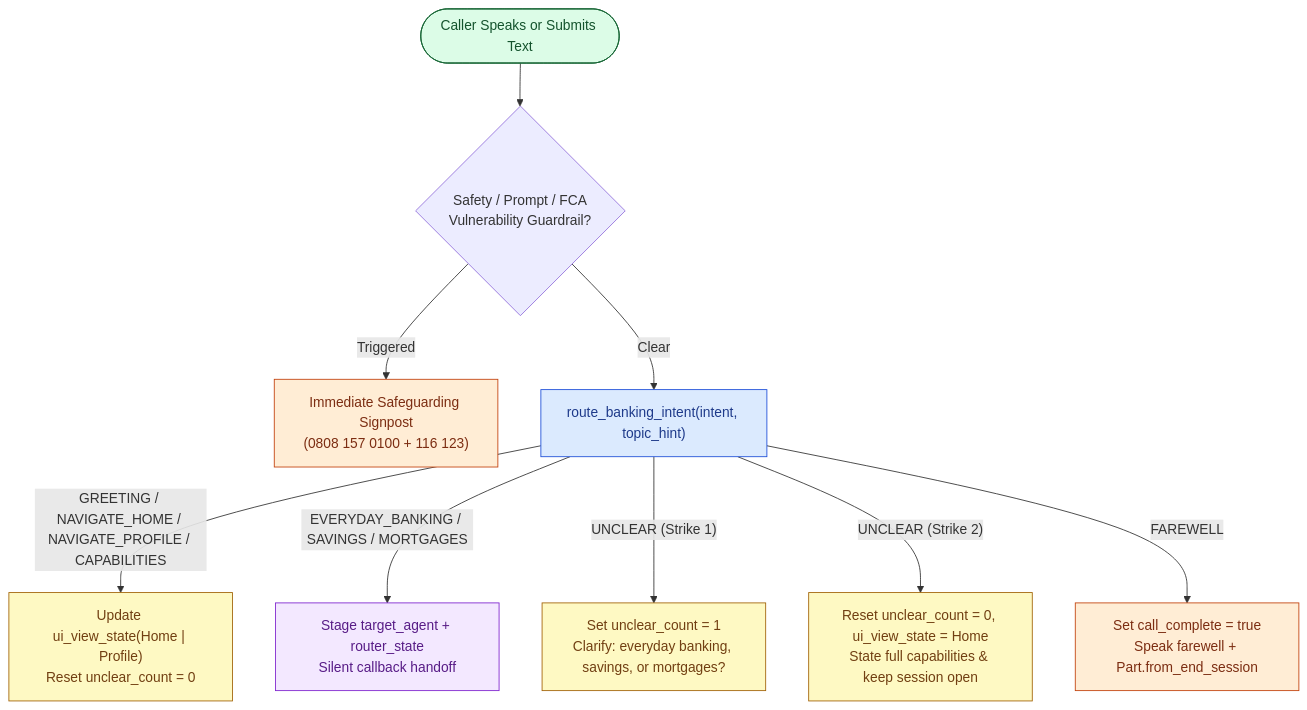
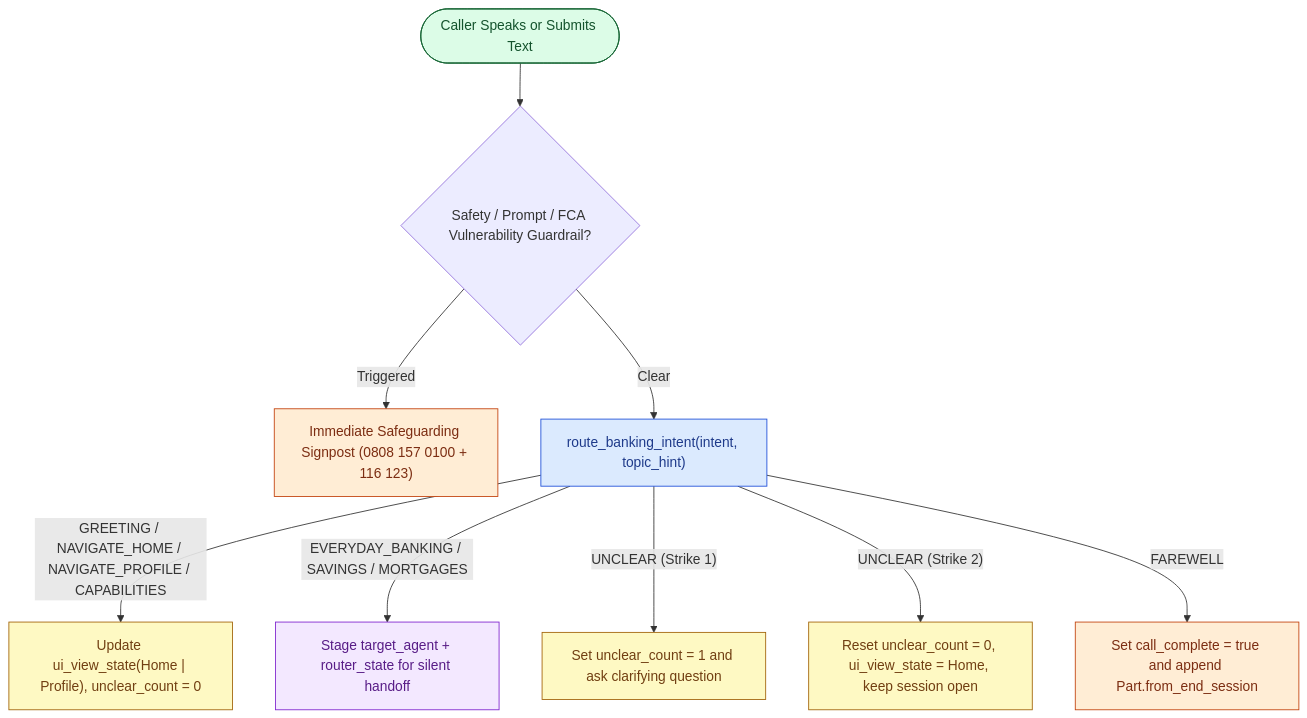
The first of 4 diagrams in docs/architecture/banking_flows.md (oliviervg1/gecx-bank-demo), drawn with Mermaid before and after one commit. The commit also changed other lines of this file and 19 other files, not shown here.

````diff
--- a/docs/architecture/banking_flows.md
+++ b/docs/architecture/banking_flows.md
@@ -20,17 +22,17 @@
 ```mermaid
 flowchart TD
     classDef entry fill:#dcfce7,stroke:#166534,color:#14532d;
     classDef ctrl fill:#dbeafe,stroke:#1d4ed8,color:#1e3a8a;
     classDef state fill:#fef9c3,stroke:#a16207,color:#713f12;
     classDef route fill:#f3e8ff,stroke:#7e22ce,color:#581c87;
     classDef close fill:#ffedd5,stroke:#c2410c,color:#7c2d12;
 
-    Start(["Caller Speaks or Submits Text"]):::entry --> Guard{"Safety / Prompt / FCA<br/>Vulnerability Guardrail?"}
-    Guard -->|"Triggered"| Safe["Immediate Safeguarding Signpost<br/>(0808 157 0100 + 116 123)"]:::close
+    Start(["Caller Speaks or Submits Text"]):::entry --> Guard{"Safety / Prompt / FCA Vulnerability Guardrail?"}
+    Guard -->|"Triggered"| Safe["Immediate Safeguarding Signpost (0808 157 0100 + 116 123)"]:::close
     Guard -->|"Clear"| Root["route_banking_intent(intent, topic_hint)"]:::ctrl
-    Root -->|"GREETING / NAVIGATE_HOME / NAVIGATE_PROFILE / CAPABILITIES"| Local["Update ui_view_state(Home | Profile)<br/>Reset unclear_count = 0"]:::state
-    Root -->|"EVERYDAY_BANKING / SAVINGS / MORTGAGES"| Stage["Stage target_agent + router_state<br/>Silent callback handoff"]:::route
-    Root -->|"UNCLEAR (Strike 1)"| S1["Set unclear_count = 1<br/>Clarify: everyday banking, savings, or mortgages?"]:::state
-    Root -->|"UNCLEAR (Strike 2)"| S2["Reset unclear_count = 0, ui_view_state = Home<br/>State full capabilities & keep session open"]:::state
-    Root -->|"FAREWELL"| End["Set call_complete = true<br/>Speak farewell + Part.from_end_session"]:::close
+    Root -->|"GREETING / NAVIGATE_HOME / NAVIGATE_PROFILE / CAPABILITIES"| Local["Update ui_view_state(Home | Profile), unclear_count = 0"]:::state
+    Root -->|"EVERYDAY_BANKING / SAVINGS / MORTGAGES"| Stage["Stage target_agent + router_state for silent handoff"]:::route
+    Root -->|"UNCLEAR (Strike 1)"| S1["Set unclear_count = 1 and ask clarifying question"]:::state
+    Root -->|"UNCLEAR (Strike 2)"| S2["Reset unclear_count = 0, ui_view_state = Home, keep session open"]:::state
+    Root -->|"FAREWELL"| End["Set call_complete = true and append Part.from_end_session"]:::close
 ```
````
